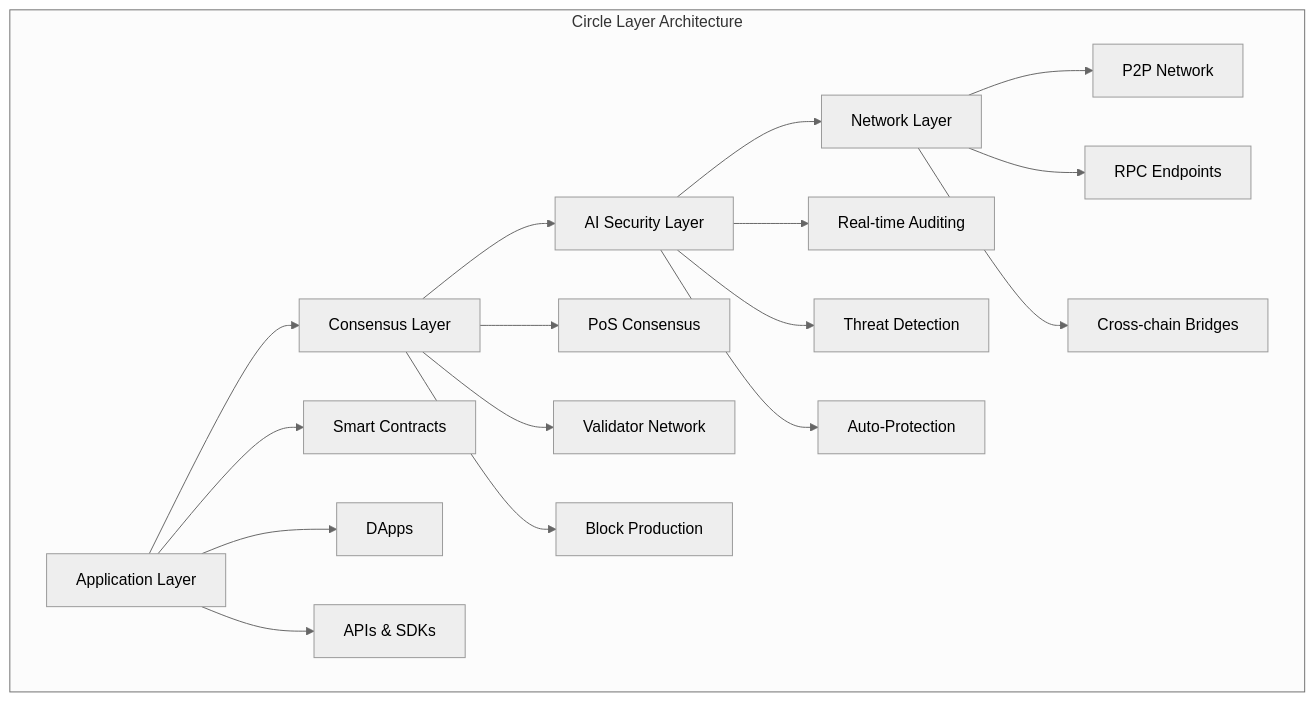
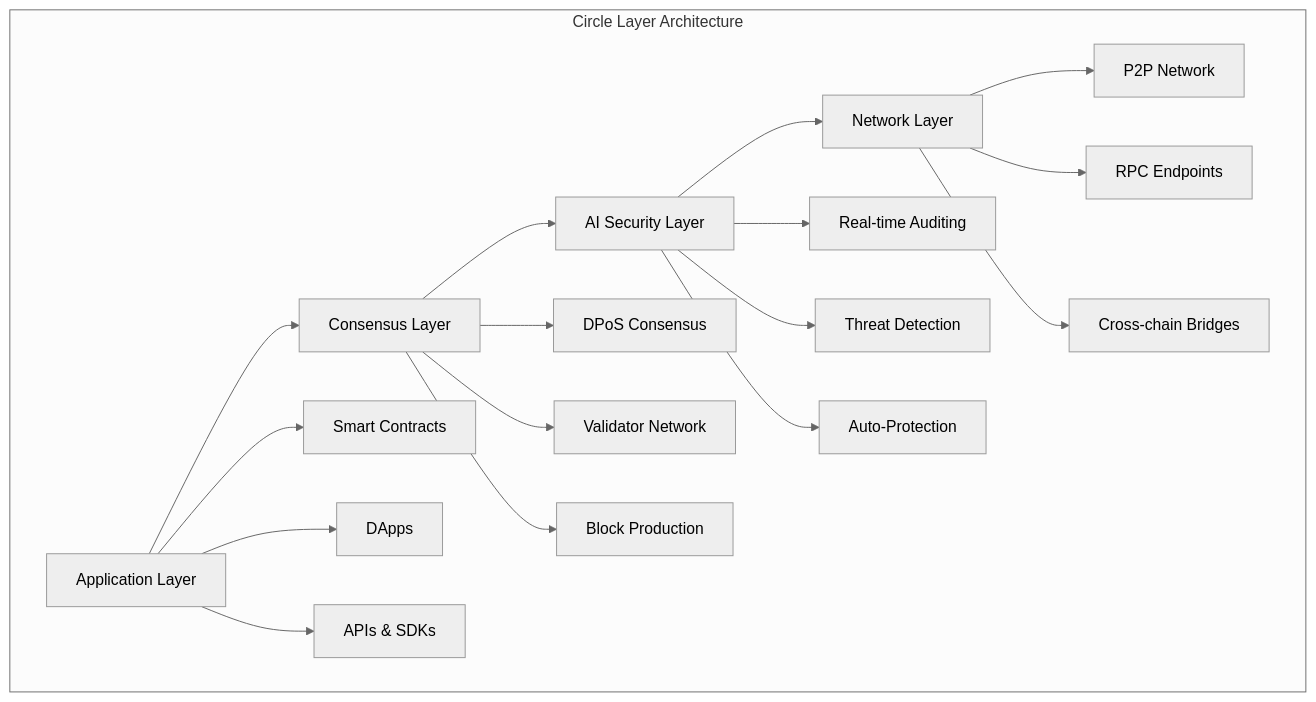
The third of 3 diagrams in docs/intro.mdx (CLayer-dev/docs), drawn with Mermaid (neutral theme) before and after one commit. The commit also changed other lines of this file and 41 other files, not shown here.

Commit message:
Update GraphQL status, add video tutorial, fix contract links

````diff
--- a/docs/intro.mdx
+++ b/docs/intro.mdx
@@ -432,24 +501,24 @@
 ```mermaid
 graph TB
     subgraph "Circle Layer Architecture"
         A[Application Layer] --> B[Consensus Layer]
         B --> C[AI Security Layer] 
         C --> D[Network Layer]
         
         A --> E[Smart Contracts]
         A --> F[DApps]
         A --> G[APIs & SDKs]
         
-        B --> H[PoS Consensus]
+        B --> H[DPoS Consensus]
         B --> I[Validator Network]
         B --> J[Block Production]
         
         C --> K[Real-time Auditing]
         C --> L[Threat Detection]
         C --> M[Auto-Protection]
         
         D --> N[P2P Network]
         D --> O[RPC Endpoints]
         D --> P[Cross-chain Bridges]
     end
 ```
````
